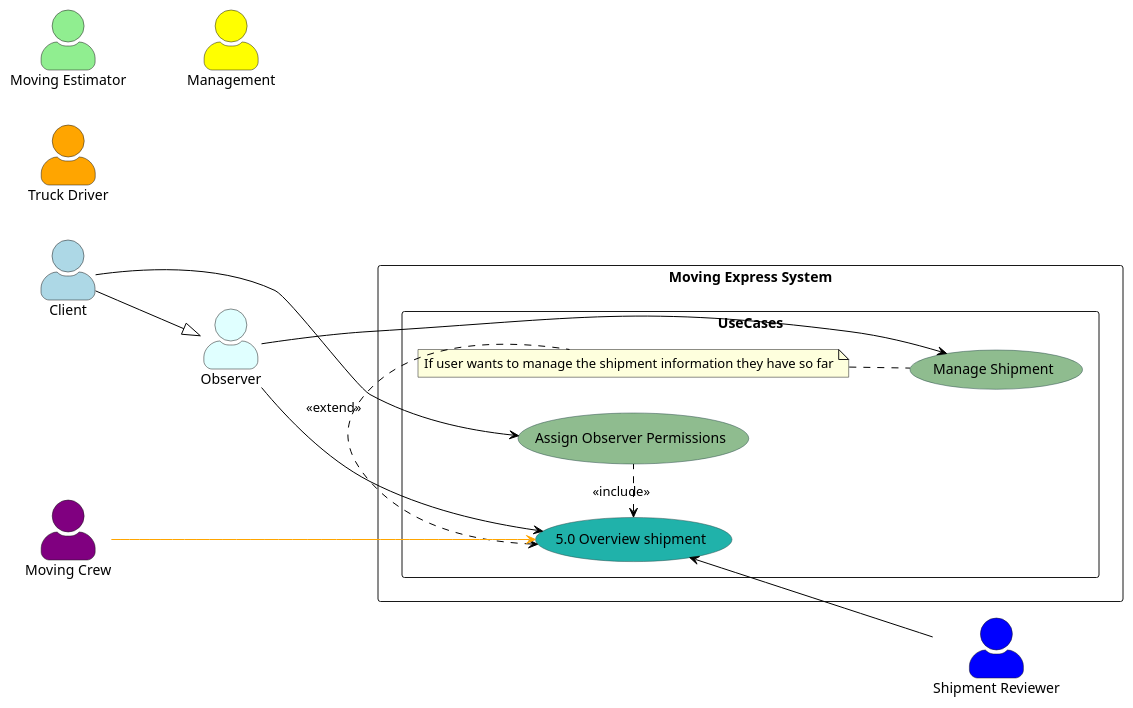
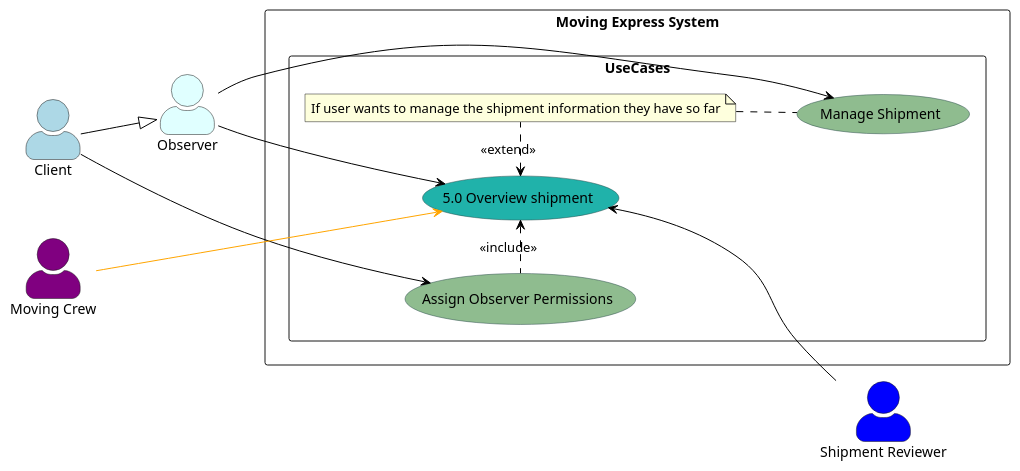
Before and after one commit to nic5694/MovingExpress: the diagram in Diagrams/UseCaseDiagrams/LoweLevel/UC5.puml, drawn with PlantUML. The commit also changed 3 other files, not shown here.

Commit message:
Removed unused actors in low-level use case diagrams

```diff
--- a/Diagrams/UseCaseDiagrams/LoweLevel/UC5.puml
+++ b/Diagrams/UseCaseDiagrams/LoweLevel/UC5.puml
@@ -1,46 +1,43 @@
 @startuml
 
 left to right direction
 skinparam actorStyle awesome
 skinparam usecase {
     BackgroundColor DarkSeaGreen
     BorderColor DarkSlateGray
     ArrowColor Black
     ActorBorderColor black
     ActorFontName Courier
     ActorBackgroundColor<< Human >> Gold
 }
 
 actor Client as "Client" #LightBlue
-actor "Moving Estimator" as MovingEstimator #LightGreen
-actor "Truck Driver" as VanDriver #Orange
 actor "Moving Crew" as MovingCrew #Purple
-actor Management as "Management" #Yellow
 actor "Shipment Reviewer" as ShipmentReviewer #Blue
 actor "Observer" as Observer #LightCyan
 
 rectangle "Moving Express System" {
     rectangle UseCases {
       usecase "5.0 Overview shipment" as UC5 #LightSeaGreen
       usecase "Manage Shipment" as UC5_1
       usecase "Assign Observer Permissions" as UC5_2
 
       note "If user wants to manage the shipment information they have so far" as N1
     }
 }
 
 UC5 <. N1 : <<extend>>
 N1 .. (UC5_1)
 UC5 <. UC5_2 : <<include>>
 
 Client --|> Observer
 Client --> UC5_2
 
 Observer --> UC5
 Observer --> UC5_1
 
 MovingCrew -[#Orange]--> UC5
 
 UC5 <-- ShipmentReviewer
 
 @enduml
```
